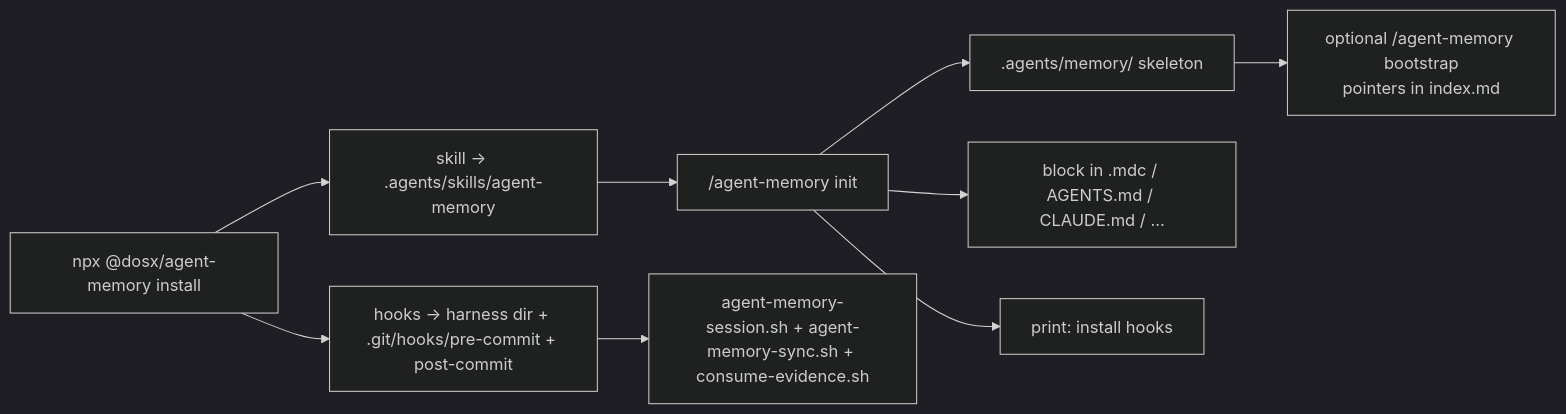
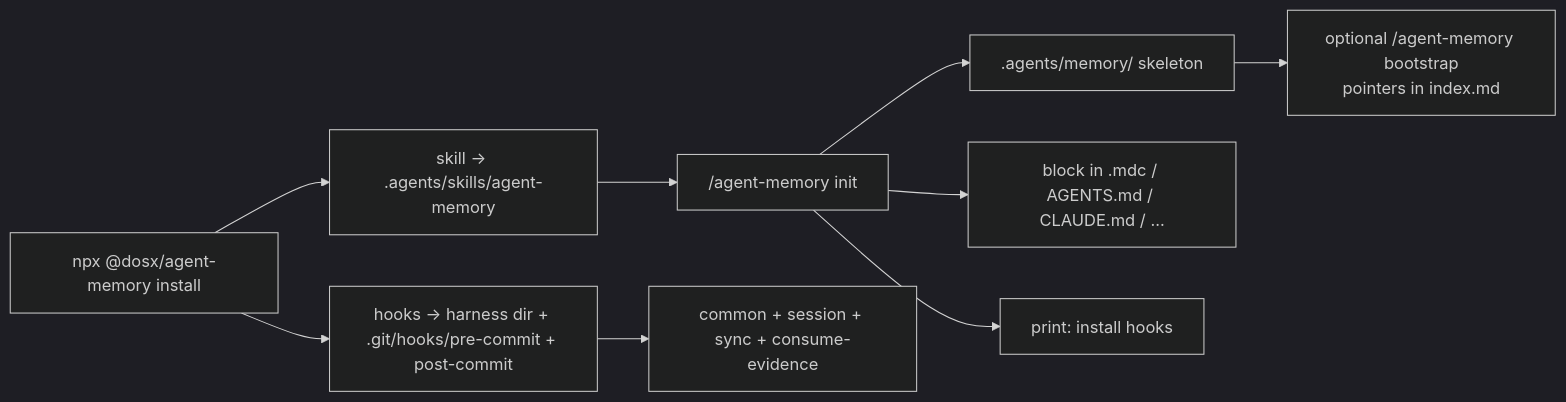
The second of 5 diagrams in README.md (diegoos/agent-memory), drawn with Mermaid (dark theme) before and after one commit. The commit also changed other lines of this file and 3 other files, not shown here.

````diff
--- a/README.md
+++ b/README.md
@@ -57,11 +57,11 @@
 ```mermaid
 flowchart LR
   A["npx @dosx/agent-memory install"] --> B["skill → .agents/skills/agent-memory"]
   A --> C["hooks → harness dir + .git/hooks/pre-commit + post-commit"]
   B --> D["/agent-memory init"]
   D --> E[".agents/memory/ skeleton"]
   D --> F["block in .mdc / AGENTS.md / CLAUDE.md / …"]
   D --> G["print: install hooks"]
-  C --> H["agent-memory-session.sh + agent-memory-sync.sh + consume-evidence.sh"]
+  C --> H["common + session + sync + consume-evidence"]
   E --> I["optional /agent-memory bootstrap<br/>pointers in index.md"]
 ```
````
